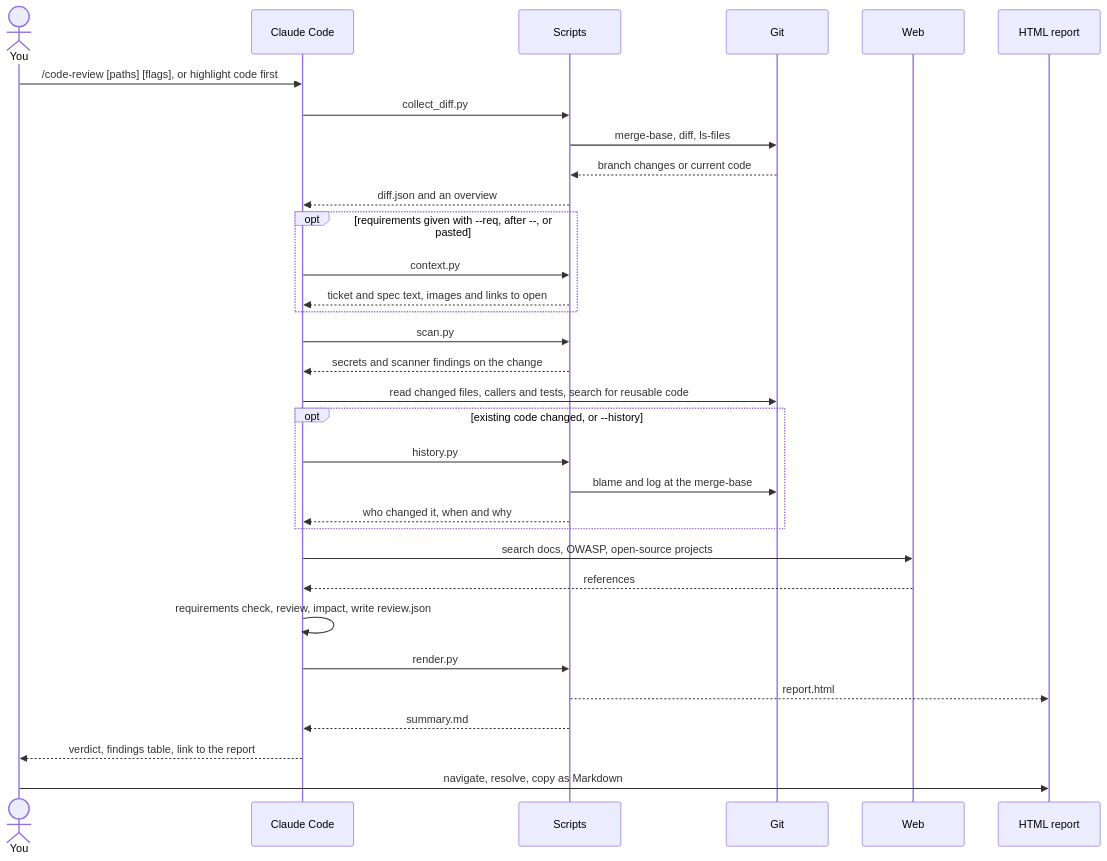
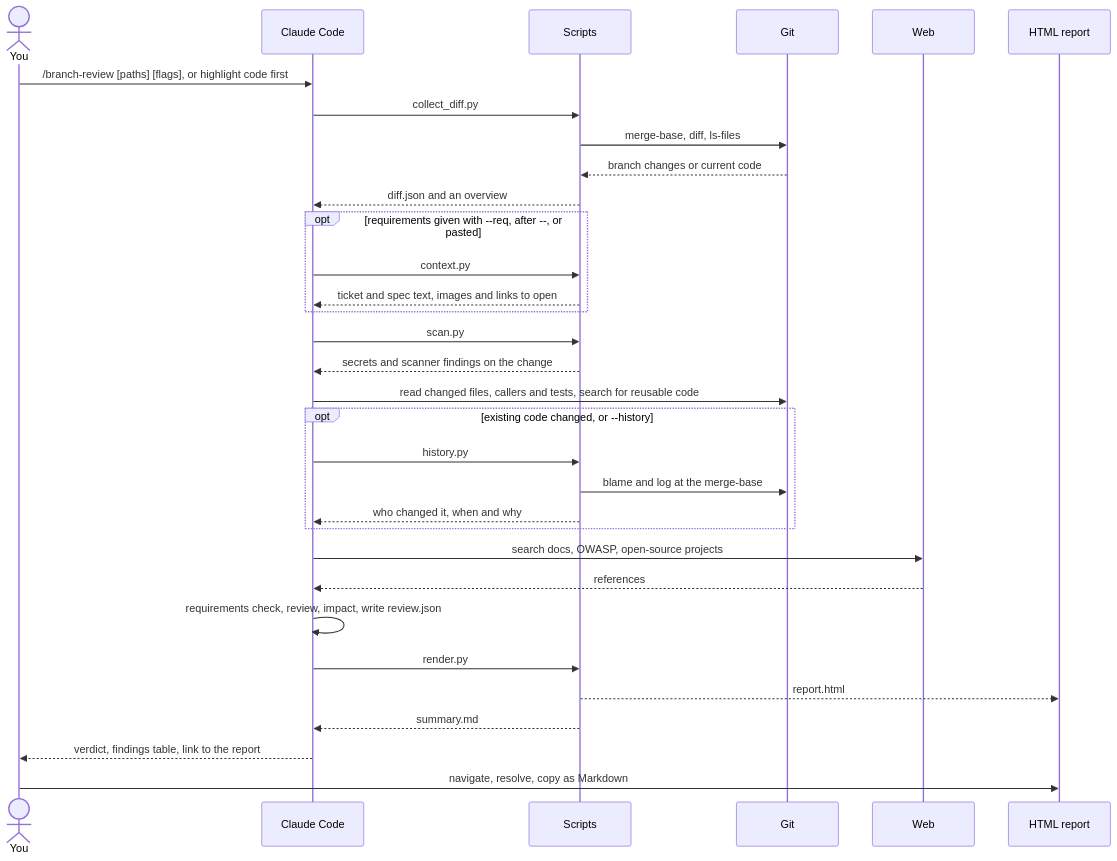
Before and after one commit to rewin0087/claude-code-review: the second of 2 diagrams in README.md, drawn with Mermaid. The commit also changed other lines of this file and 10 other files, not shown here.

First line of the commit message:
v2.0.0: rename /code-review to /branch-review

````diff
--- a/README.md
+++ b/README.md
@@ -219,35 +245,35 @@
 ```mermaid
 sequenceDiagram
     actor You
     participant CC as Claude Code
     participant S as Scripts
     participant G as Git
     participant W as Web
     participant R as HTML report
 
-    You->>CC: /code-review [paths] [flags], or highlight code first
+    You->>CC: /branch-review [paths] [flags], or highlight code first
     CC->>S: collect_diff.py
     S->>G: merge-base, diff, ls-files
     G-->>S: branch changes or current code
     S-->>CC: diff.json and an overview
     opt requirements given with --req, after --, or pasted
         CC->>S: context.py
         S-->>CC: ticket and spec text, images and links to open
     end
     CC->>S: scan.py
     S-->>CC: secrets and scanner findings on the change
     CC->>G: read changed files, callers and tests, search for reusable code
     opt existing code changed, or --history
         CC->>S: history.py
         S->>G: blame and log at the merge-base
         S-->>CC: who changed it, when and why
     end
     CC->>W: search docs, OWASP, open-source projects
     W-->>CC: references
     CC->>CC: requirements check, review, impact, write review.json
     CC->>S: render.py
     S-->>R: report.html
     S-->>CC: summary.md
     CC-->>You: verdict, findings table, link to the report
     You->>R: navigate, resolve, copy as Markdown
 ```
````
